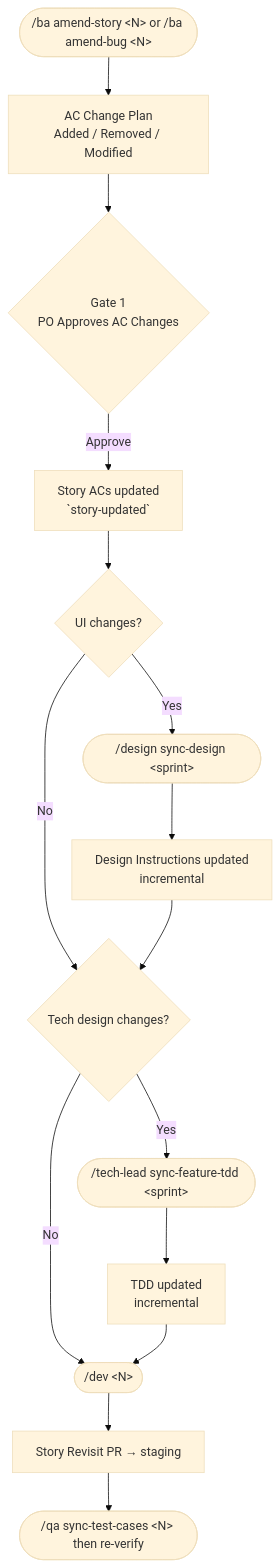
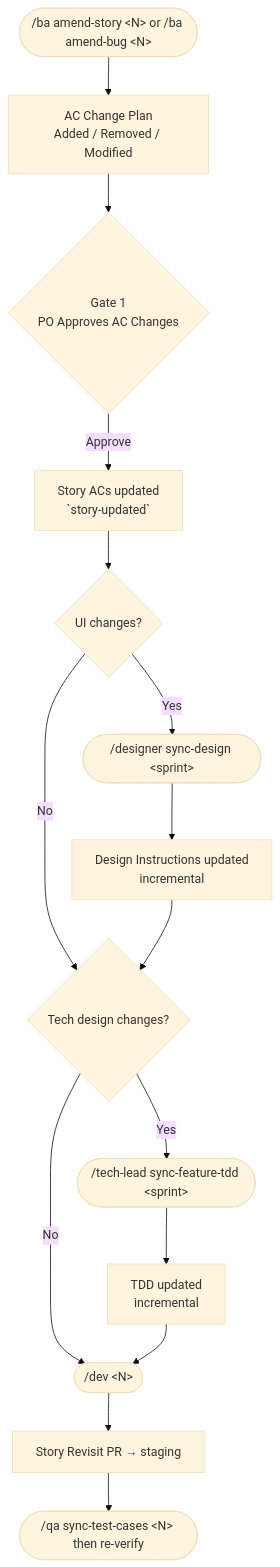
The fourth of 4 diagrams in README.md (simpscal/notism), drawn with Mermaid (base theme) before and after one commit. The commit also changed other lines of this file and 6 other files, not shown here.

First line of the commit message:
refactor(commands): rename design command to designer

````diff
--- a/README.md
+++ b/README.md
@@ -131,17 +131,17 @@
 ```mermaid
 flowchart TD
     A(["/ba amend-story &lt;N&gt; or /ba amend-bug &lt;N&gt;"]) --> B["AC Change Plan\nAdded / Removed / Modified"]
     B --> G1{Gate 1\nPO Approves AC Changes}
     G1 -->|Approve| C["Story ACs updated\n`story-updated`"]
     C --> D{UI changes?}
-    D -->|Yes| E(["/design sync-design &lt;sprint&gt;"])
+    D -->|Yes| E(["/designer sync-design &lt;sprint&gt;"])
     D -->|No| F{Tech design changes?}
     E --> E2["Design Instructions updated\nincremental"]
     E2 --> F
     F -->|Yes| G(["/tech-lead sync-feature-tdd &lt;sprint&gt;"])
     F -->|No| H(["/dev &lt;N&gt;"])
     G --> G2["TDD updated\nincremental"]
     G2 --> H
     H --> I["Story Revisit PR → staging"]
     I --> QA(["/qa sync-test-cases &lt;N&gt; then re-verify"])
 ```
````
